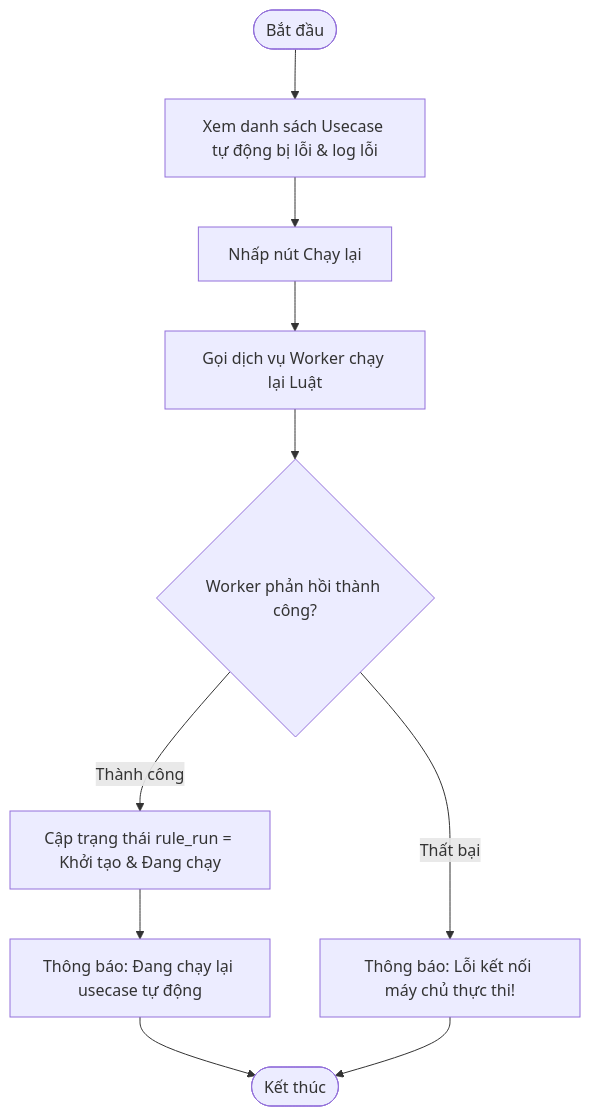
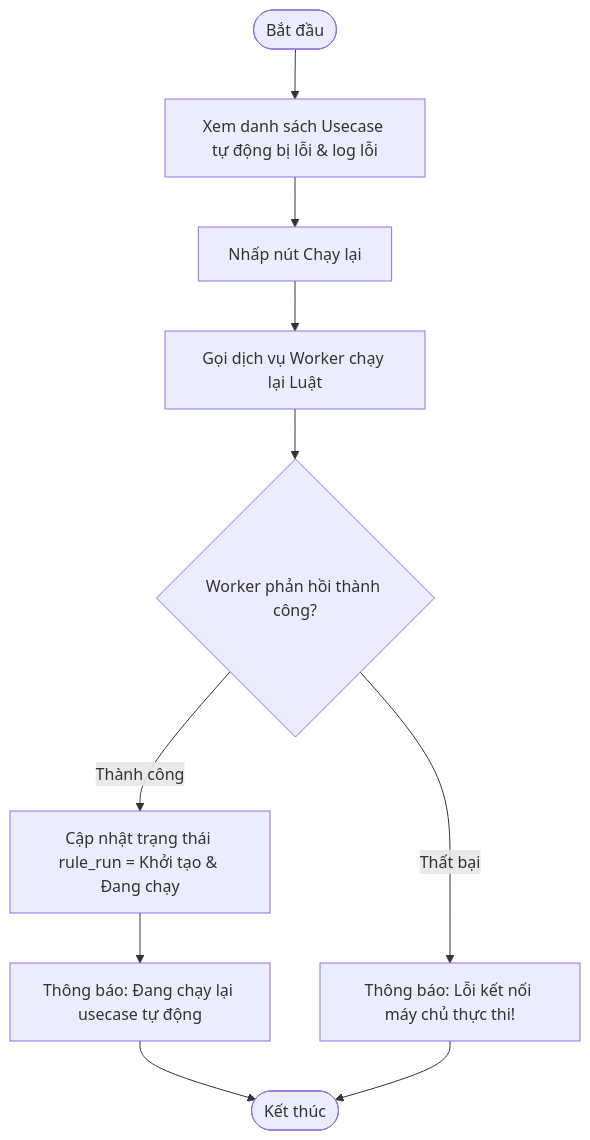
One commit to minhanh2002/ISAAP changed the diagram in SRS/SRS_XU_LY_LOI_HE_THONG.md. Above: the diagram before and after it, drawn with Mermaid. The commit also changed other lines of this file and 20 other files, not shown here.

````diff
--- a/SRS/SRS_XU_LY_LOI_HE_THONG.md
+++ b/SRS/SRS_XU_LY_LOI_HE_THONG.md
@@ -19,12 +19,12 @@
 ```mermaid
 graph TD
     Start([Bắt đầu]) --> ViewErrors[Xem danh sách Usecase tự động bị lỗi & log lỗi]
     ViewErrors --> ClickRerun[Nhấp nút Chạy lại]
     ClickRerun --> CallWorker[Gọi dịch vụ Worker chạy lại Luật]
     CallWorker --> CheckResponse{Worker phản hồi thành công?}
-    CheckResponse -- Thành công --> UpdateStatus[Cập trạng thái rule_run = Khởi tạo & Đang chạy]
+    CheckResponse -- Thành công --> UpdateStatus[Cập nhật trạng thái rule_run = Khởi tạo & Đang chạy]
     UpdateStatus --> Success[Thông báo: Đang chạy lại usecase tự động]
     CheckResponse -- Thất bại --> Error[Thông báo: Lỗi kết nối máy chủ thực thi!]
     Success --> End([Kết thúc])
     Error --> End
 ```
````
